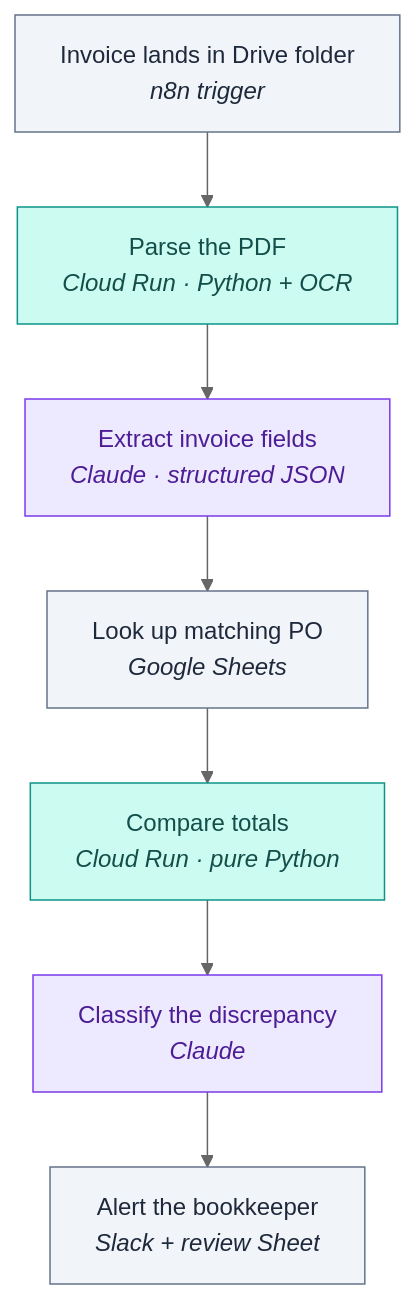
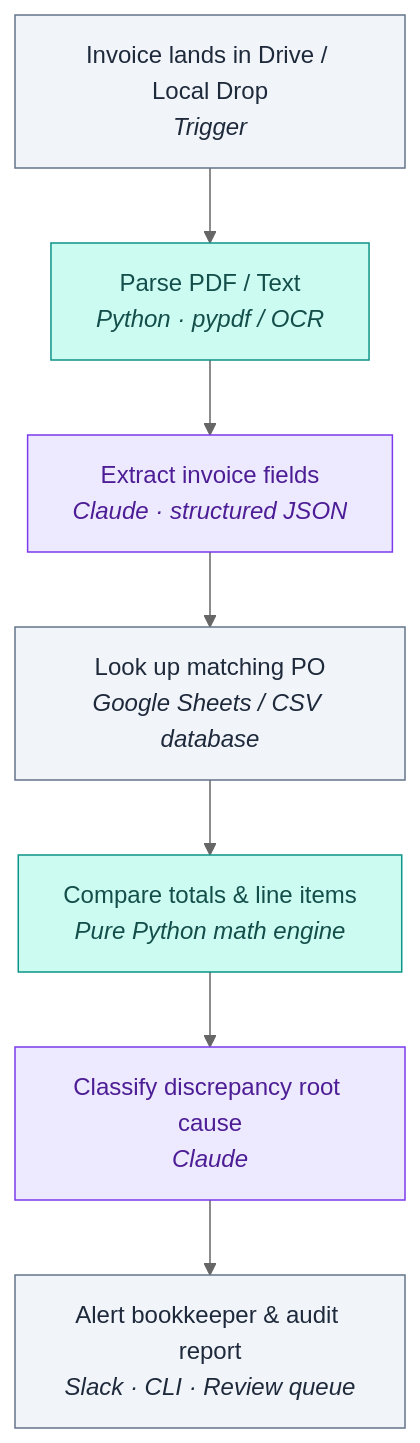
The diagram in README.md (amandahervol-alt/Invoice-Reconciliation-Agent), drawn with Mermaid (neutral theme) before and after one commit. The commit also changed other lines of this file and 15 other files, not shown here.

Commit message:
Wire n8n workflow connections, implement Python parser/reconciler services, CLI runner, and sample dataset

````diff
--- a/README.md
+++ b/README.md
@@ -13,16 +11,16 @@
 ```mermaid
 flowchart TD
-    A["Invoice lands in Drive folder<br/><i>n8n trigger</i>"] --> B["Parse the PDF<br/><i>Cloud Run · Python + OCR</i>"]
+    A["Invoice lands in Drive / Local Drop<br/><i>Trigger</i>"] --> B["Parse PDF / Text<br/><i>Python · pypdf / OCR</i>"]
     B --> C["Extract invoice fields<br/><i>Claude · structured JSON</i>"]
-    C --> D["Look up matching PO<br/><i>Google Sheets</i>"]
-    D --> E["Compare totals<br/><i>Cloud Run · pure Python</i>"]
-    E --> F["Classify the discrepancy<br/><i>Claude</i>"]
-    F --> G["Alert the bookkeeper<br/><i>Slack + review Sheet</i>"]
+    C --> D["Look up matching PO<br/><i>Google Sheets / CSV database</i>"]
+    D --> E["Compare totals & line items<br/><i>Pure Python math engine</i>"]
+    E --> F["Classify discrepancy root cause<br/><i>Claude</i>"]
+    F --> G["Alert bookkeeper & audit report<br/><i>Slack · CLI · Review queue</i>"]
 
     classDef llm fill:#ede9fe,stroke:#7c3aed,color:#4c1d95;
     classDef code fill:#ccfbf1,stroke:#0d9488,color:#134e4a;
     classDef orch fill:#f1f5f9,stroke:#64748b,color:#1e293b;
     class A,D,G orch;
     class B,E code;
     class C,F llm;
 ```
````
